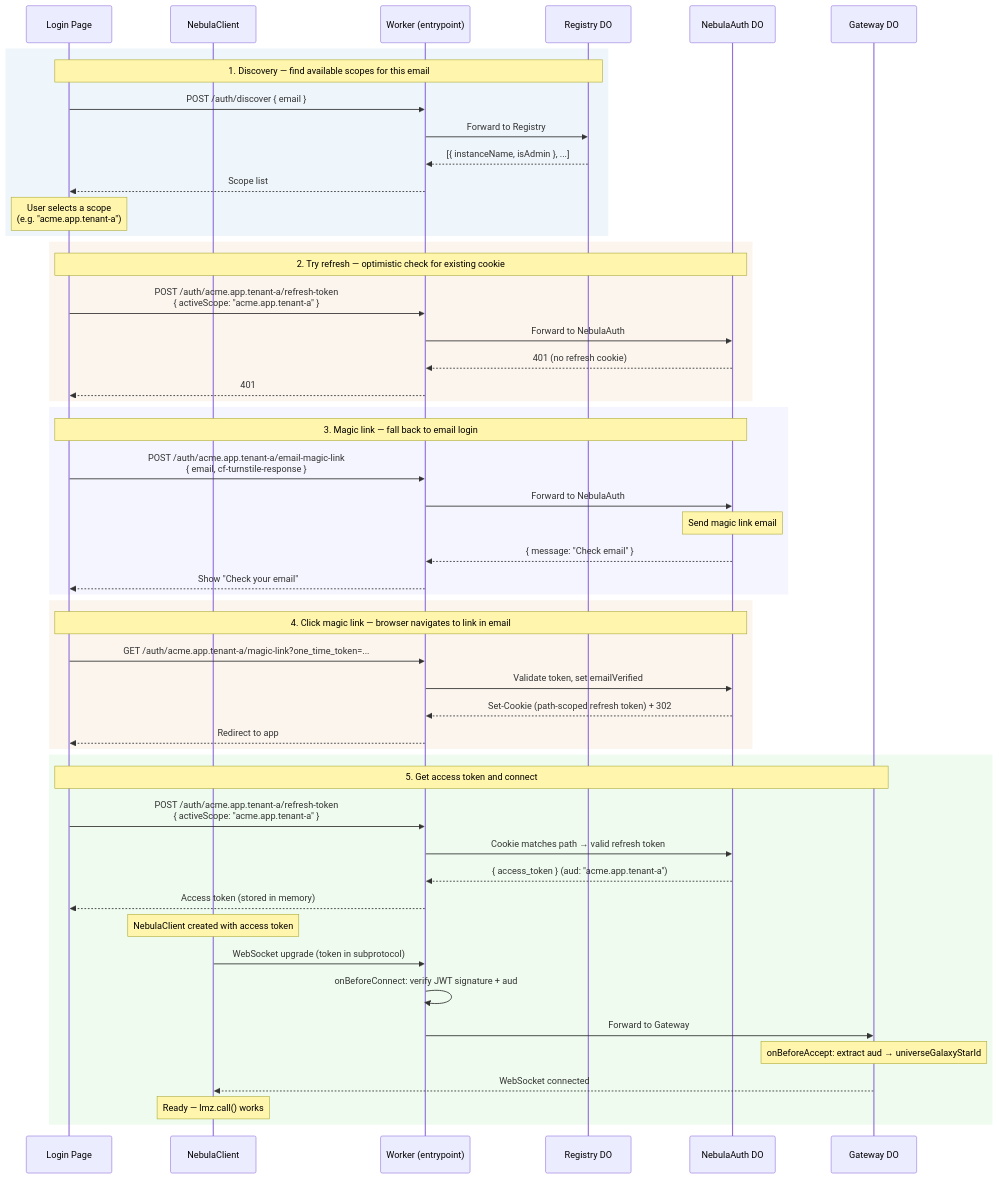
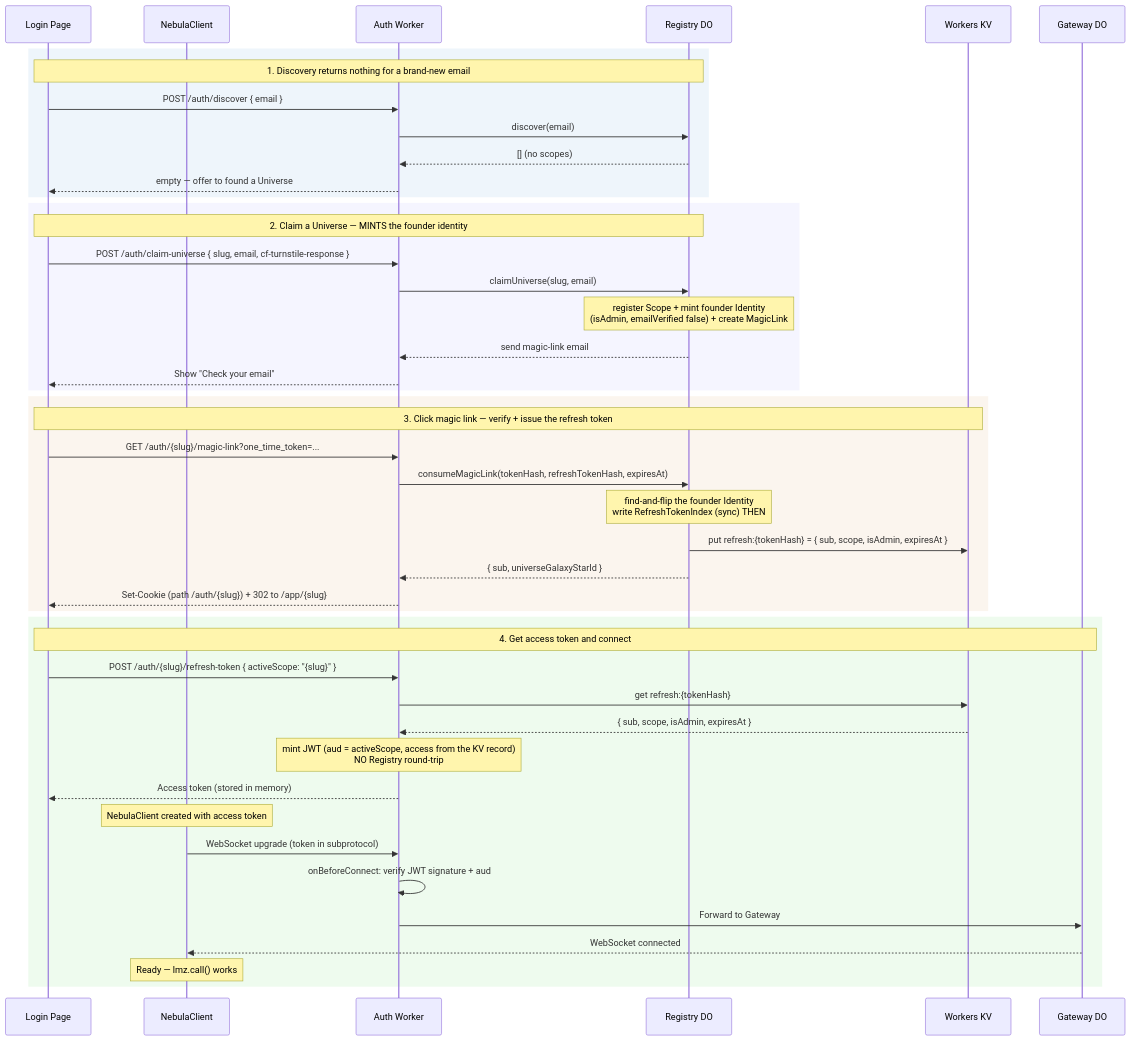
Before and after one commit to lumenize/lumenize: the first of 6 diagrams in website/docs/nebula/auth-flows.md, drawn with Mermaid. The commit also changed other lines of this file and 1 other file, not shown here.

First line of the commit message:
docs(nebula): rewrite auth-flows.md to the surrogate-sub model (Phase 5, best-effort)

````diff
--- a/website/docs/nebula/auth-flows.md
+++ b/website/docs/nebula/auth-flows.md
@@ -30,58 +40,51 @@
 ```mermaid
 sequenceDiagram
     participant UI as Login Page
     participant NC as NebulaClient
-    participant W as Worker (entrypoint)
+    participant W as Auth Worker
     participant R as Registry DO
-    participant NA as NebulaAuth DO
+    participant KV as Workers KV
     participant GW as Gateway DO
 
     rect rgba(200, 220, 240, 0.3)
-        Note over UI,R: 1. Discovery — find available scopes for this email
+        Note over UI,R: 1. Discovery returns nothing for a brand-new email
         UI->>W: POST /auth/discover { email }
-        W->>R: Forward to Registry
-        R-->>W: [{ instanceName, isAdmin }, ...]
-        W-->>UI: Scope list
-        Note over UI: User selects a scope<br/>(e.g. "acme.app.tenant-a")
-    end
-
-    rect rgba(240, 220, 200, 0.3)
-        Note over UI,NA: 2. Try refresh — optimistic check for existing cookie
-        UI->>W: POST /auth/acme.app.tenant-a/refresh-token<br/>{ activeScope: "acme.app.tenant-a" }
-        W->>NA: Forward to NebulaAuth
-        NA-->>W: 401 (no refresh cookie)
-        W-->>UI: 401
+        W->>R: discover(email)
+        R-->>W: [] (no scopes)
+        W-->>UI: empty — offer to found a Universe
     end
 
     rect rgba(220, 220, 255, 0.3)
-        Note over UI,NA: 3. Magic link — fall back to email login
-        UI->>W: POST /auth/acme.app.tenant-a/email-magic-link<br/>{ email, cf-turnstile-response }
-        W->>NA: Forward to NebulaAuth
-        Note over NA: Send magic link email
-        NA-->>W: { message: "Check email" }
+        Note over UI,R: 2. Claim a Universe — MINTS the founder identity
+        UI->>W: POST /auth/claim-universe { slug, email, cf-turnstile-response }
+        W->>R: claimUniverse(slug, email)
+        Note over R: register Scope + mint founder Identity<br/>(isAdmin, emailVerified false) + create MagicLink
+        R-->>W: send magic-link email
         W-->>UI: Show "Check your email"
     end
 
     rect rgba(240, 220, 200, 0.3)
-        Note over UI,NA: 4. Click magic link — browser navigates to link in email
-        UI->>W: GET /auth/acme.app.tenant-a/magic-link?one_time_token=...
-        W->>NA: Validate token, set emailVerified
-        NA-->>W: Set-Cookie (path-scoped refresh token) + 302
-        W-->>UI: Redirect to app
+        Note over UI,KV: 3. Click magic link — verify + issue the refresh token
+        UI->>W: GET /auth/{slug}/magic-link?one_time_token=...
+        W->>R: consumeMagicLink(tokenHash, refreshTokenHash, expiresAt)
+        Note over R: find-and-flip the founder Identity<br/>write RefreshTokenIndex (sync) THEN
+        R->>KV: put refresh:{tokenHash} = { sub, scope, isAdmin, expiresAt }
+        R-->>W: { sub, universeGalaxyStarId }
+        W-->>UI: Set-Cookie (path /auth/{slug}) + 302 to /app/{slug}
     end
 
     rect rgba(200, 240, 200, 0.3)
-        Note over UI,GW: 5. Get access token and connect
-        UI->>W: POST /auth/acme.app.tenant-a/refresh-token<br/>{ activeScope: "acme.app.tenant-a" }
-        W->>NA: Cookie matches path → valid refresh token
-        NA-->>W: { access_token } (aud: "acme.app.tenant-a")
+        Note over UI,GW: 4. Get access token and connect
+        UI->>W: POST /auth/{slug}/refresh-token { activeScope: "{slug}" }
+        W->>KV: get refresh:{tokenHash}
+        KV-->>W: { sub, scope, isAdmin, expiresAt }
+        Note over W: mint JWT (aud = activeScope, access from the KV record)<br/>NO Registry round-trip
         W-->>UI: Access token (stored in memory)
         Note over NC: NebulaClient created with access token
         NC->>W: WebSocket upgrade (token in subprotocol)
         W->>W: onBeforeConnect: verify JWT signature + aud
         W->>GW: Forward to Gateway
-        Note over GW: onBeforeAccept: extract aud → universeGalaxyStarId
         GW-->>NC: WebSocket connected
         Note over NC: Ready — lmz.call() works
     end
 ```
````
